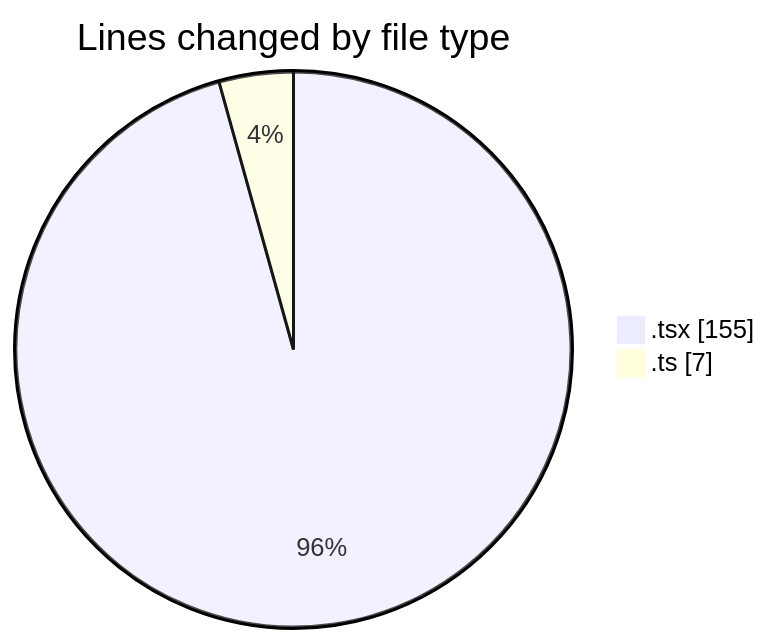
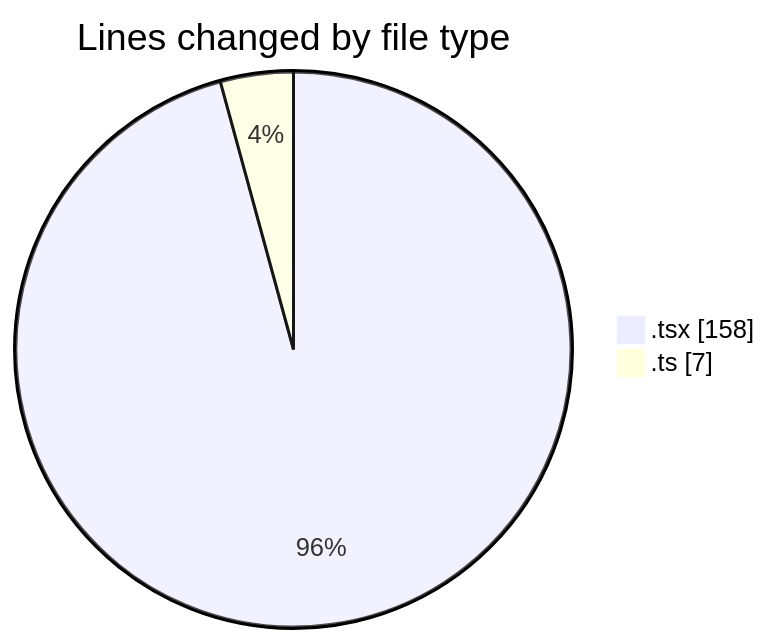
Before and after one commit to robertbonfada/code-tracking: the first of 2 diagrams in 2025-01-29/audiobooks-web/README.md, drawn with Mermaid. The commit also changed other lines of this file and 1 other file, not shown here.

````diff
--- a/2025-01-29/audiobooks-web/README.md
+++ b/2025-01-29/audiobooks-web/README.md
@@ -23,6 +23,6 @@
 ```mermaid
 pie showData
 title Lines changed by file type
-".tsx" : 155
+".tsx" : 158
 ".ts" : 7
 ```
````
